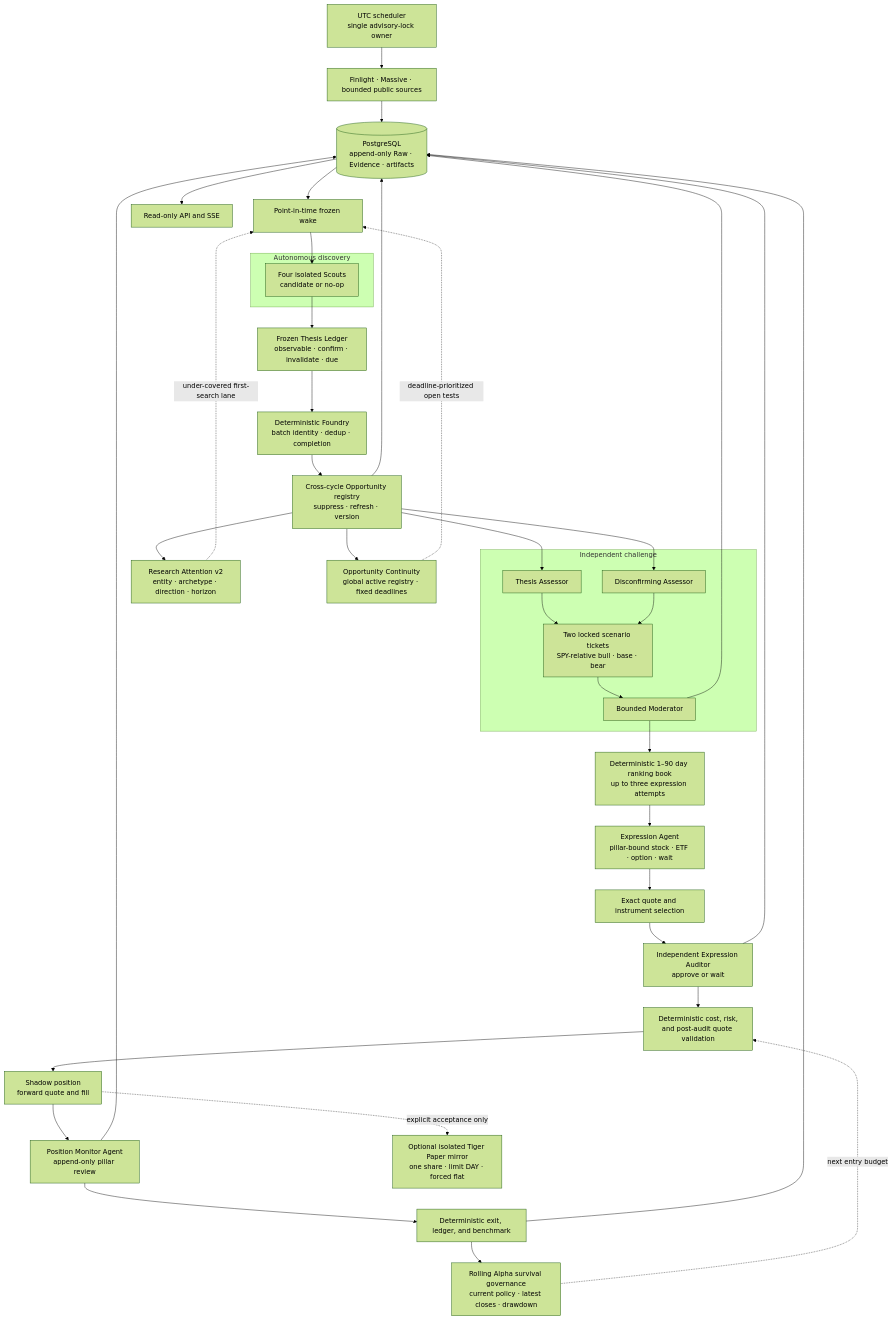
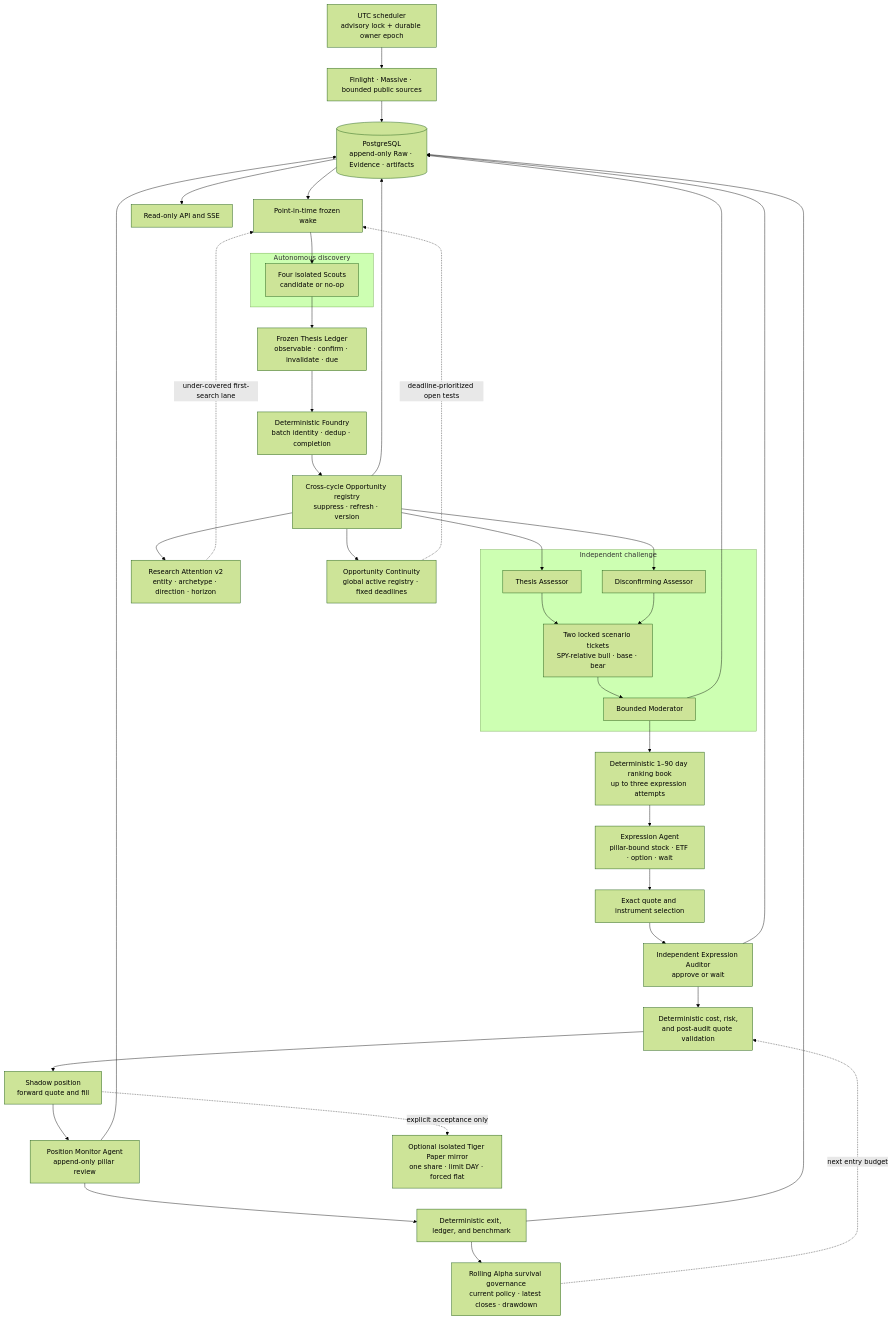
The diagram in docs/architecture/opportunity-os.md (kyky2347/ALTA), drawn with Mermaid (forest theme) before and after one commit. The commit also changed other lines of this file and 89 other files, not shown here.

````diff
--- a/docs/architecture/opportunity-os.md
+++ b/docs/architecture/opportunity-os.md
@@ -32,56 +32,56 @@
 ```mermaid
 flowchart TB
-  scheduler["UTC scheduler<br/>single advisory-lock owner"]
+  scheduler["UTC scheduler<br/>advisory lock + durable owner epoch"]
   sources["Finlight · Massive · bounded public sources"]
   evidence[("PostgreSQL<br/>append-only Raw · Evidence · artifacts")]
   wake["Point-in-time frozen wake"]
   attention["Research Attention v2<br/>entity · archetype · direction · horizon"]
   continuity["Opportunity Continuity<br/>global active registry · fixed deadlines"]
 
   subgraph discovery["Autonomous discovery"]
     scouts["Four isolated Scouts<br/>candidate or no-op"]
   end
 
   ledger["Frozen Thesis Ledger<br/>observable · confirm · invalidate · due"]
   foundry["Deterministic Foundry<br/>batch identity · dedup · completion"]
   registry["Cross-cycle Opportunity registry<br/>suppress · refresh · version"]
 
   subgraph challenge["Independent challenge"]
     thesis["Thesis Assessor"]
     disconfirm["Disconfirming Assessor"]
     odds["Two locked scenario tickets<br/>SPY-relative bull · base · bear"]
     moderator["Bounded Moderator"]
   end
 
   rank["Deterministic 1–90 day ranking book<br/>up to three expression attempts"]
   expression["Expression Agent<br/>pillar-bound stock · ETF · option · wait"]
   market["Exact quote and instrument selection"]
   auditor["Independent Expression Auditor<br/>approve or wait"]
   validation["Deterministic cost, risk,<br/>and post-audit quote validation"]
   shadow["Shadow position<br/>forward quote and fill"]
   monitor["Position Monitor Agent<br/>append-only pillar review"]
   measure["Deterministic exit, ledger, and benchmark"]
   governance["Rolling Alpha survival governance<br/>current policy · latest closes · drawdown"]
   paper["Optional isolated Tiger Paper mirror<br/>one share · limit DAY · forced flat"]
   api["Read-only API and SSE"]
 
   scheduler --> sources --> evidence --> wake --> scouts --> ledger --> foundry --> registry
   registry --> attention -. under-covered first-search lane .-> wake
   registry --> continuity -. deadline-prioritized open tests .-> wake
   registry --> thesis
   registry --> disconfirm
   thesis --> odds
   disconfirm --> odds
   odds --> moderator
   moderator --> rank --> expression --> market --> auditor --> validation
   validation --> shadow --> monitor --> measure
   measure --> governance
   governance -. next entry budget .-> validation
   shadow -. explicit acceptance only .-> paper
   registry --> evidence
   moderator --> evidence
   auditor --> evidence
   monitor --> evidence
   measure --> evidence
   evidence --> api
 ```
````
